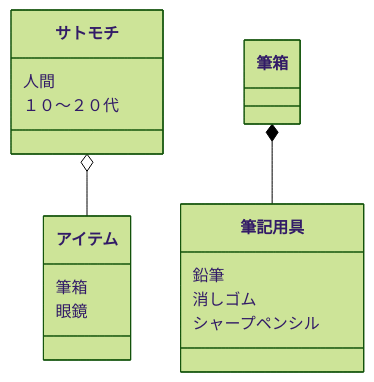
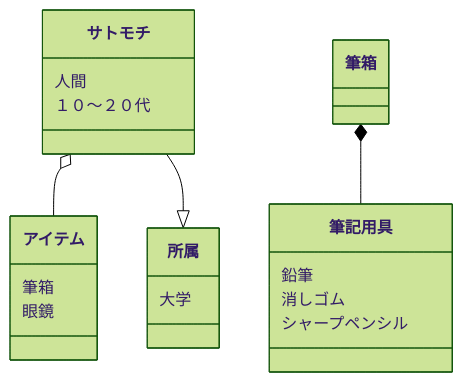
One commit to tpu-game-2023/mermaid_test changed the third of 3 diagrams in README.md. Above: the diagram before and after it, drawn with Mermaid (forest theme). The commit also changed other lines of this file, not shown here.

````diff
--- a/README.md
+++ b/README.md
@@ -73,12 +67,14 @@
 ```mermaid
 classDiagram
     サトモチ o-- アイテム
     サトモチ :人間
     サトモチ :１０～２０代
     アイテム :筆箱
     アイテム :眼鏡
     筆箱 *-- 筆記用具
     筆記用具 :鉛筆
     筆記用具 :消しゴム
     筆記用具 :シャープペンシル
+    サトモチ--|>所属
+    所属:大学
 ```
````
